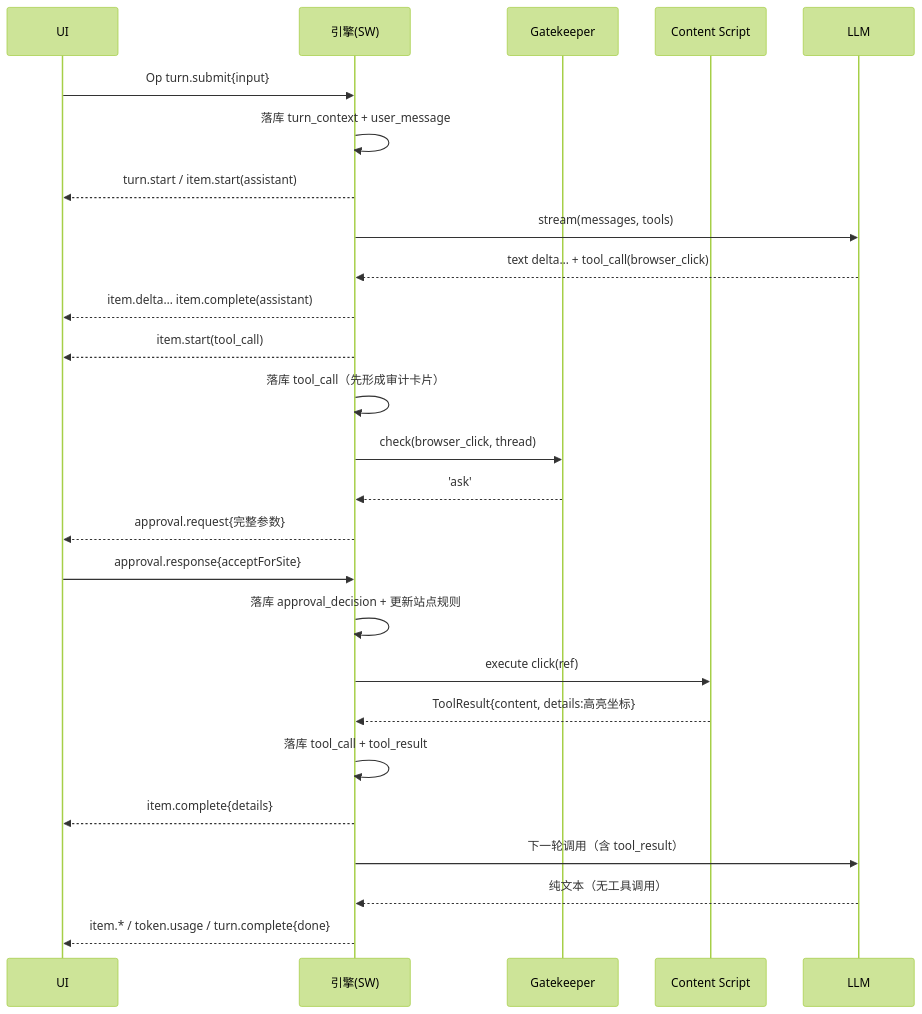
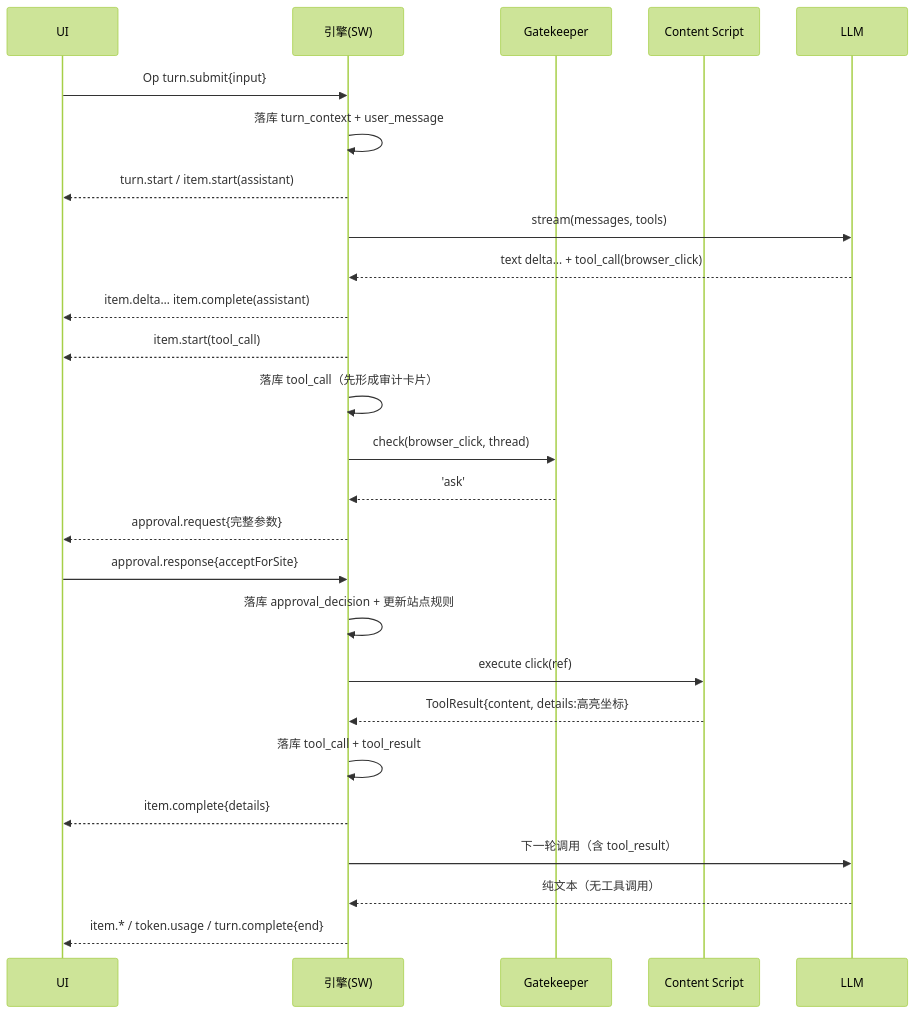
Before and after one commit to wangdiandao/Panelot: the first of 2 diagrams in docs/04-agent-engine.md, drawn with Mermaid (forest theme). The commit also changed other lines of this file and 243 other files, not shown here.

````diff
--- a/docs/04-agent-engine.md
+++ b/docs/04-agent-engine.md
@@ -119,29 +120,29 @@
 ```mermaid
 sequenceDiagram
   participant UI
   participant EN as 引擎(SW)
   participant GK as Gatekeeper
   participant CS as Content Script
   participant LLM
 
   UI->>EN: Op turn.submit{input}
   EN->>EN: 落库 turn_context + user_message
   EN-->>UI: turn.start / item.start(assistant)
   EN->>LLM: stream(messages, tools)
   LLM-->>EN: text delta… + tool_call(browser_click)
   EN-->>UI: item.delta… item.complete(assistant)
   EN-->>UI: item.start(tool_call)
   EN->>EN: 落库 tool_call（先形成审计卡片）
   EN->>GK: check(browser_click, thread)
   GK-->>EN: 'ask'
   EN-->>UI: approval.request{完整参数}
   UI->>EN: approval.response{acceptForSite}
   EN->>EN: 落库 approval_decision + 更新站点规则
   EN->>CS: execute click(ref)
   CS-->>EN: ToolResult{content, details:高亮坐标}
   EN->>EN: 落库 tool_call + tool_result
   EN-->>UI: item.complete{details}
   EN->>LLM: 下一轮调用（含 tool_result）
   LLM-->>EN: 纯文本（无工具调用）
-  EN-->>UI: item.* / token.usage / turn.complete{done}
+  EN-->>UI: item.* / token.usage / turn.complete{end}
 ```
````
